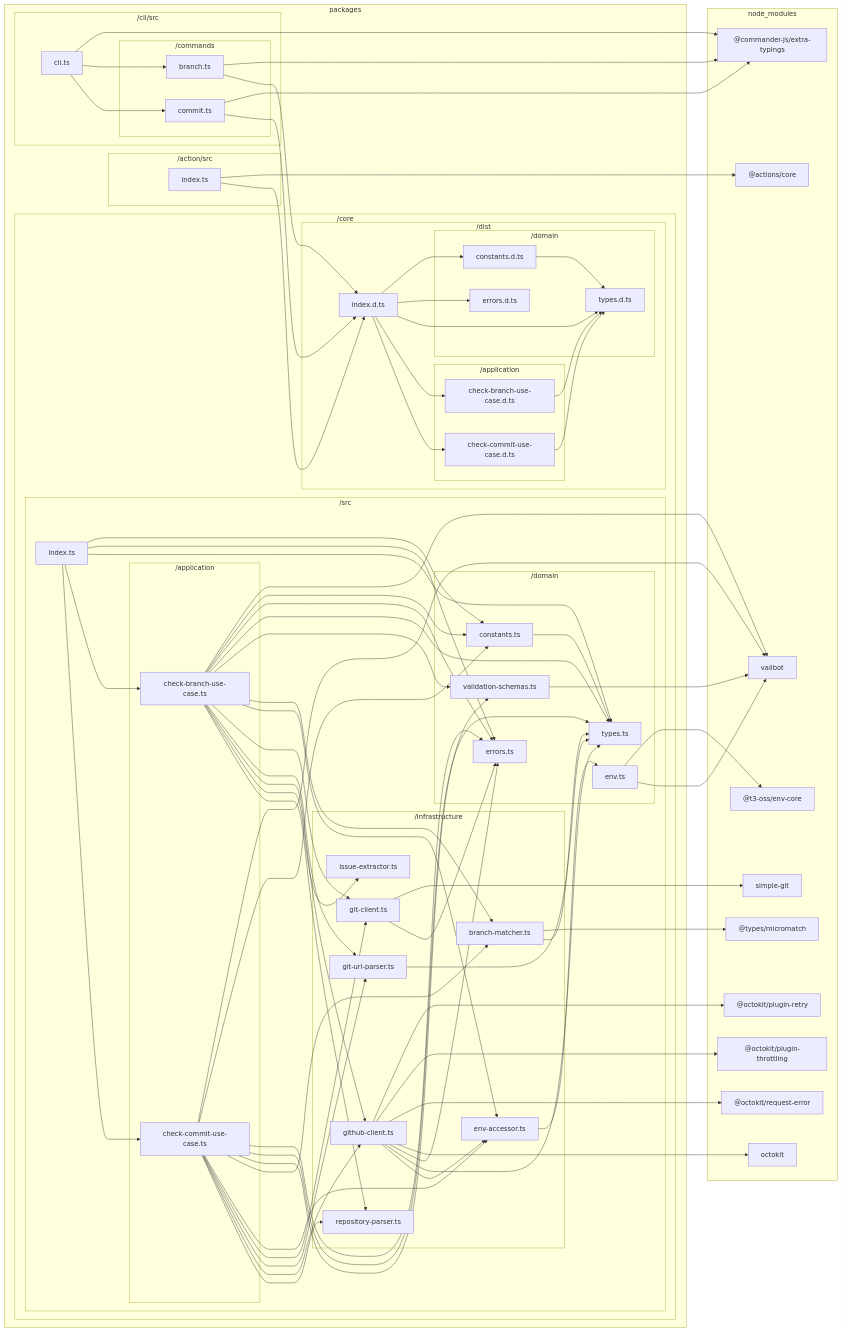
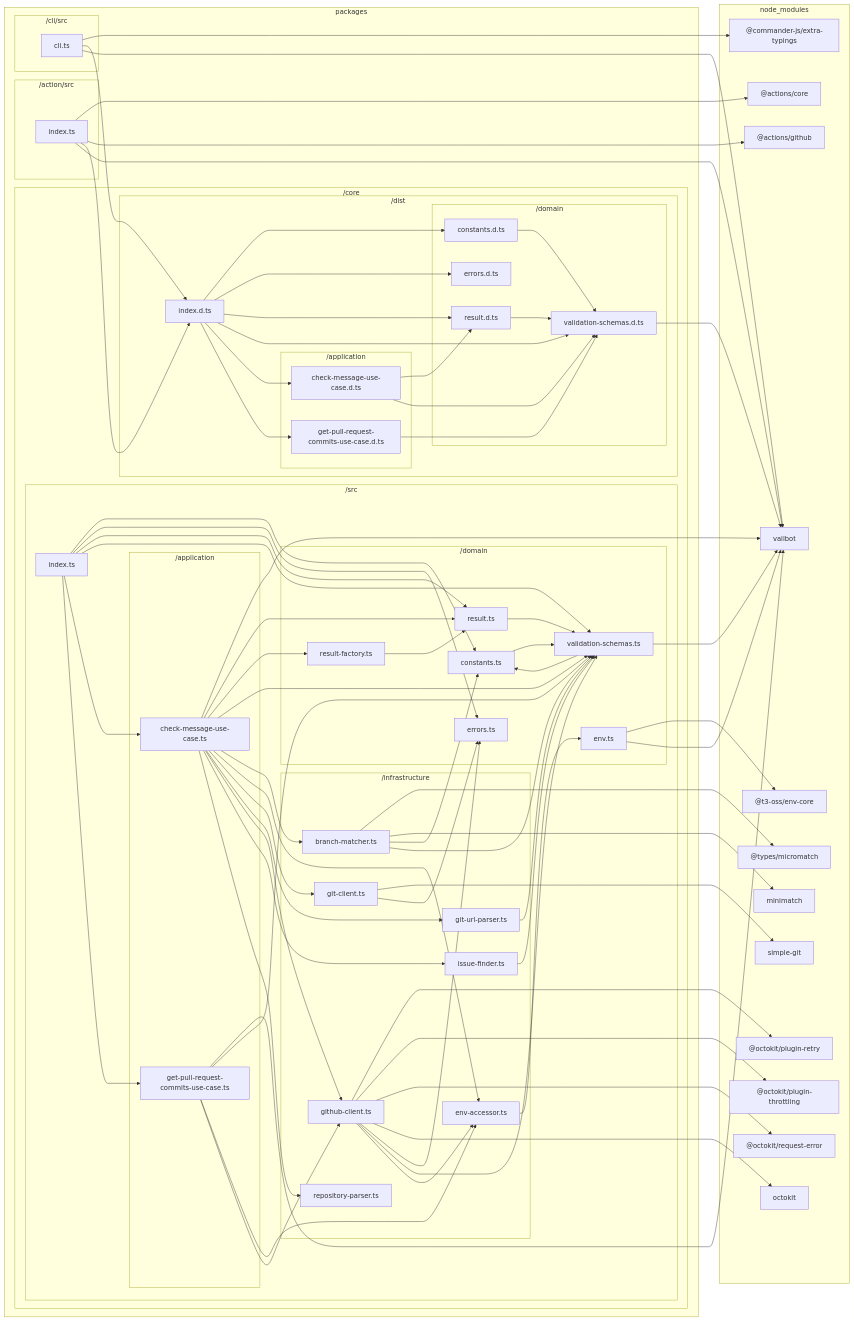
The diagram in docs/reports/dependencies/all.md (sugurutakahashi-1234/issue-linker), drawn with Mermaid before and after one commit. The commit also changed 59 other files, not shown here.

````diff
--- a/docs/reports/dependencies/all.md
+++ b/docs/reports/dependencies/all.md
@@ -11,22 +11,24 @@
             subgraph packages/core/dist["/dist"]
                 packages/core/dist/index.d.ts["index.d.ts"]
                 subgraph packages/core/dist/domain["/domain"]
-                    packages/core/dist/domain/types.d.ts["types.d.ts"]
+                    packages/core/dist/domain/validation//schemas.d.ts["validation-schemas.d.ts"]
                     packages/core/dist/domain/constants.d.ts["constants.d.ts"]
                     packages/core/dist/domain/errors.d.ts["errors.d.ts"]
+                    packages/core/dist/domain/result.d.ts["result.d.ts"]
                 end
                 subgraph packages/core/dist/application["/application"]
-                    packages/core/dist/application/check//branch//use//case.d.ts["check-branch-use-case.d.ts"]
-                    packages/core/dist/application/check//commit//use//case.d.ts["check-commit-use-case.d.ts"]
+                    packages/core/dist/application/check//message//use//case.d.ts["check-message-use-case.d.ts"]
+                    packages/core/dist/application/get//pull//request//commits//use//case.d.ts["get-pull-request-commits-use-case.d.ts"]
                 end
             end
             subgraph packages/core/src["/src"]
                 packages/core/src/index.ts["index.ts"]
                 subgraph packages/core/src/domain["/domain"]
-                    packages/core/src/domain/types.ts["types.ts"]
+                    packages/core/src/domain/validation//schemas.ts["validation-schemas.ts"]
                     packages/core/src/domain/constants.ts["constants.ts"]
                     packages/core/src/domain/errors.ts["errors.ts"]
-                    packages/core/src/domain/validation//schemas.ts["validation-schemas.ts"]
+                    packages/core/src/domain/result.ts["result.ts"]
+                    packages/core/src/domain/result//factory.ts["result-factory.ts"]
                     packages/core/src/domain/env.ts["env.ts"]
                 end
                 subgraph packages/core/src/infrastructure["/infrastructure"]
@@ -35,12 +37,12 @@
                     packages/core/src/infrastructure/git//client.ts["git-client.ts"]
                     packages/core/src/infrastructure/git//url//parser.ts["git-url-parser.ts"]
                     packages/core/src/infrastructure/github//client.ts["github-client.ts"]
-                    packages/core/src/infrastructure/issue//extractor.ts["issue-extractor.ts"]
+                    packages/core/src/infrastructure/issue//finder.ts["issue-finder.ts"]
                     packages/core/src/infrastructure/repository//parser.ts["repository-parser.ts"]
                 end
                 subgraph packages/core/src/application["/application"]
-                    packages/core/src/application/check//branch//use//case.ts["check-branch-use-case.ts"]
-                    packages/core/src/application/check//commit//use//case.ts["check-commit-use-case.ts"]
+                    packages/core/src/application/check//message//use//case.ts["check-message-use-case.ts"]
+                    packages/core/src/application/get//pull//request//commits//use//case.ts["get-pull-request-commits-use-case.ts"]
                 end
             end
         end
@@ -49,17 +51,15 @@
         end
         subgraph packages/cli/src["/cli/src"]
             packages/cli/src/cli.ts["cli.ts"]
-            subgraph packages/cli/src/commands["/commands"]
-                packages/cli/src/commands/branch.ts["branch.ts"]
-                packages/cli/src/commands/commit.ts["commit.ts"]
-            end
         end
     end
     subgraph node//modules["node_modules"]
+        node//modules/valibot/dist/index.d.cts["valibot"]
         node//modules///actions/core/lib/core.d.ts["@actions/core"]
+        node//modules///actions/github/lib/github.d.ts["@actions/github"]
         node//modules///commander//js/extra//typings/index.d.ts["@commander-js/extra-typings"]
-        node//modules/valibot/dist/index.d.cts["valibot"]
         node//modules///types/micromatch/index.d.ts["@types/micromatch"]
+        node//modules/minimatch/dist/commonjs/index.d.ts["minimatch"]
         node//modules///t3//oss/env//core/dist/index.d.ts["@t3-oss/env-core"]
         node//modules/simple//git/dist/typings/index.d.ts["simple-git"]
         node//modules///octokit/plugin//retry/dist//types/index.d.ts["@octokit/plugin-retry"]
@@ -67,66 +67,67 @@
         node//modules///octokit/request//error/dist//types/index.d.ts["@octokit/request-error"]
         node//modules/octokit/dist//types/index.d.ts["octokit"]
     end
-    packages/core/dist/domain/constants.d.ts-->packages/core/dist/domain/types.d.ts
-    packages/core/dist/application/check//branch//use//case.d.ts-->packages/core/dist/domain/types.d.ts
-    packages/core/dist/application/check//commit//use//case.d.ts-->packages/core/dist/domain/types.d.ts
+    packages/core/dist/domain/validation//schemas.d.ts-->node//modules/valibot/dist/index.d.cts
+    packages/core/dist/domain/constants.d.ts-->packages/core/dist/domain/validation//schemas.d.ts
+    packages/core/dist/domain/result.d.ts-->packages/core/dist/domain/validation//schemas.d.ts
+    packages/core/dist/application/check//message//use//case.d.ts-->packages/core/dist/domain/result.d.ts
+    packages/core/dist/application/check//message//use//case.d.ts-->packages/core/dist/domain/validation//schemas.d.ts
+    packages/core/dist/application/get//pull//request//commits//use//case.d.ts-->packages/core/dist/domain/validation//schemas.d.ts
     packages/core/dist/index.d.ts-->packages/core/dist/domain/constants.d.ts
     packages/core/dist/index.d.ts-->packages/core/dist/domain/errors.d.ts
-    packages/core/dist/index.d.ts-->packages/core/dist/domain/types.d.ts
-    packages/core/dist/index.d.ts-->packages/core/dist/application/check//branch//use//case.d.ts
-    packages/core/dist/index.d.ts-->packages/core/dist/application/check//commit//use//case.d.ts
+    packages/core/dist/index.d.ts-->packages/core/dist/domain/result.d.ts
+    packages/core/dist/index.d.ts-->packages/core/dist/domain/validation//schemas.d.ts
+    packages/core/dist/index.d.ts-->packages/core/dist/application/check//message//use//case.d.ts
+    packages/core/dist/index.d.ts-->packages/core/dist/application/get//pull//request//commits//use//case.d.ts
     packages/action/src/index.ts-->node//modules///actions/core/lib/core.d.ts
+    packages/action/src/index.ts-->node//modules///actions/github/lib/github.d.ts
     packages/action/src/index.ts-->packages/core/dist/index.d.ts
-    packages/cli/src/commands/branch.ts-->node//modules///commander//js/extra//typings/index.d.ts
-    packages/cli/src/commands/branch.ts-->packages/core/dist/index.d.ts
-    packages/cli/src/commands/commit.ts-->node//modules///commander//js/extra//typings/index.d.ts
-    packages/cli/src/commands/commit.ts-->packages/core/dist/index.d.ts
+    packages/action/src/index.ts-->node//modules/valibot/dist/index.d.cts
     packages/cli/src/cli.ts-->node//modules///commander//js/extra//typings/index.d.ts
-    packages/cli/src/cli.ts-->packages/cli/src/commands/branch.ts
-    packages/cli/src/cli.ts-->packages/cli/src/commands/commit.ts
-    packages/core/src/domain/constants.ts-->packages/core/src/domain/types.ts
+    packages/cli/src/cli.ts-->packages/core/dist/index.d.ts
+    packages/cli/src/cli.ts-->node//modules/valibot/dist/index.d.cts
     packages/core/src/domain/validation//schemas.ts-->node//modules/valibot/dist/index.d.cts
+    packages/core/src/domain/validation//schemas.ts-->packages/core/src/domain/constants.ts
+    packages/core/src/domain/constants.ts-->packages/core/src/domain/validation//schemas.ts
+    packages/core/src/domain/result.ts-->packages/core/src/domain/validation//schemas.ts
+    packages/core/src/domain/result//factory.ts-->packages/core/src/domain/result.ts
     packages/core/src/infrastructure/branch//matcher.ts-->node//modules///types/micromatch/index.d.ts
-    packages/core/src/infrastructure/branch//matcher.ts-->packages/core/src/domain/types.ts
+    packages/core/src/infrastructure/branch//matcher.ts-->node//modules/minimatch/dist/commonjs/index.d.ts
+    packages/core/src/infrastructure/branch//matcher.ts-->packages/core/src/domain/constants.ts
+    packages/core/src/infrastructure/branch//matcher.ts-->packages/core/src/domain/validation//schemas.ts
     packages/core/src/domain/env.ts-->node//modules///t3//oss/env//core/dist/index.d.ts
     packages/core/src/domain/env.ts-->node//modules/valibot/dist/index.d.cts
     packages/core/src/infrastructure/env//accessor.ts-->packages/core/src/domain/env.ts
     packages/core/src/infrastructure/git//client.ts-->node//modules/simple//git/dist/typings/index.d.ts
     packages/core/src/infrastructure/git//client.ts-->packages/core/src/domain/errors.ts
-    packages/core/src/infrastructure/git//url//parser.ts-->packages/core/src/domain/types.ts
+    packages/core/src/infrastructure/git//url//parser.ts-->packages/core/src/domain/validation//schemas.ts
     packages/core/src/infrastructure/github//client.ts-->node//modules///octokit/plugin//retry/dist//types/index.d.ts
     packages/core/src/infrastructure/github//client.ts-->node//modules///octokit/plugin//throttling/dist//types/index.d.ts
     packages/core/src/infrastructure/github//client.ts-->node//modules///octokit/request//error/dist//types/index.d.ts
     packages/core/src/infrastructure/github//client.ts-->node//modules/octokit/dist//types/index.d.ts
     packages/core/src/infrastructure/github//client.ts-->packages/core/src/domain/errors.ts
-    packages/core/src/infrastructure/github//client.ts-->packages/core/src/domain/types.ts
+    packages/core/src/infrastructure/github//client.ts-->packages/core/src/domain/validation//schemas.ts
     packages/core/src/infrastructure/github//client.ts-->packages/core/src/infrastructure/env//accessor.ts
-    packages/core/src/application/check//branch//use//case.ts-->node//modules/valibot/dist/index.d.cts
-    packages/core/src/application/check//branch//use//case.ts-->packages/core/src/domain/constants.ts
-    packages/core/src/application/check//branch//use//case.ts-->packages/core/src/domain/errors.ts
-    packages/core/src/application/check//branch//use//case.ts-->packages/core/src/domain/types.ts
-    packages/core/src/application/check//branch//use//case.ts-->packages/core/src/domain/validation//schemas.ts
-    packages/core/src/application/check//branch//use//case.ts-->packages/core/src/infrastructure/branch//matcher.ts
-    packages/core/src/application/check//branch//use//case.ts-->packages/core/src/infrastructure/env//accessor.ts
-    packages/core/src/application/check//branch//use//case.ts-->packages/core/src/infrastructure/git//client.ts
-    packages/core/src/application/check//branch//use//case.ts-->packages/core/src/infrastructure/git//url//parser.ts
-    packages/core/src/application/check//branch//use//case.ts-->packages/core/src/infrastructure/github//client.ts
-    packages/core/src/application/check//branch//use//case.ts-->packages/core/src/infrastructure/issue//extractor.ts
-    packages/core/src/application/check//branch//use//case.ts-->packages/core/src/infrastructure/repository//parser.ts
-    packages/core/src/application/check//commit//use//case.ts-->node//modules/valibot/dist/index.d.cts
-    packages/core/src/application/check//commit//use//case.ts-->packages/core/src/domain/constants.ts
-    packages/core/src/application/check//commit//use//case.ts-->packages/core/src/domain/errors.ts
-    packages/core/src/application/check//commit//use//case.ts-->packages/core/src/domain/types.ts
-    packages/core/src/application/check//commit//use//case.ts-->packages/core/src/domain/validation//schemas.ts
-    packages/core/src/application/check//commit//use//case.ts-->packages/core/src/infrastructure/branch//matcher.ts
-    packages/core/src/application/check//commit//use//case.ts-->packages/core/src/infrastructure/env//accessor.ts
-    packages/core/src/application/check//commit//use//case.ts-->packages/core/src/infrastructure/git//client.ts
-    packages/core/src/application/check//commit//use//case.ts-->packages/core/src/infrastructure/git//url//parser.ts
-    packages/core/src/application/check//commit//use//case.ts-->packages/core/src/infrastructure/github//client.ts
-    packages/core/src/application/check//commit//use//case.ts-->packages/core/src/infrastructure/repository//parser.ts
+    packages/core/src/infrastructure/issue//finder.ts-->packages/core/src/domain/validation//schemas.ts
+    packages/core/src/application/check//message//use//case.ts-->node//modules/valibot/dist/index.d.cts
+    packages/core/src/application/check//message//use//case.ts-->packages/core/src/domain/result.ts
+    packages/core/src/application/check//message//use//case.ts-->packages/core/src/domain/result//factory.ts
+    packages/core/src/application/check//message//use//case.ts-->packages/core/src/domain/validation//schemas.ts
+    packages/core/src/application/check//message//use//case.ts-->packages/core/src/infrastructure/branch//matcher.ts
+    packages/core/src/application/check//message//use//case.ts-->packages/core/src/infrastructure/env//accessor.ts
+    packages/core/src/application/check//message//use//case.ts-->packages/core/src/infrastructure/git//client.ts
+    packages/core/src/application/check//message//use//case.ts-->packages/core/src/infrastructure/git//url//parser.ts
+    packages/core/src/application/check//message//use//case.ts-->packages/core/src/infrastructure/github//client.ts
+    packages/core/src/application/check//message//use//case.ts-->packages/core/src/infrastructure/issue//finder.ts
+    packages/core/src/application/check//message//use//case.ts-->packages/core/src/infrastructure/repository//parser.ts
+    packages/core/src/application/get//pull//request//commits//use//case.ts-->node//modules/valibot/dist/index.d.cts
+    packages/core/src/application/get//pull//request//commits//use//case.ts-->packages/core/src/domain/validation//schemas.ts
+    packages/core/src/application/get//pull//request//commits//use//case.ts-->packages/core/src/infrastructure/env//accessor.ts
+    packages/core/src/application/get//pull//request//commits//use//case.ts-->packages/core/src/infrastructure/github//client.ts
     packages/core/src/index.ts-->packages/core/src/domain/constants.ts
     packages/core/src/index.ts-->packages/core/src/domain/errors.ts
-    packages/core/src/index.ts-->packages/core/src/domain/types.ts
-    packages/core/src/index.ts-->packages/core/src/application/check//branch//use//case.ts
-    packages/core/src/index.ts-->packages/core/src/application/check//commit//use//case.ts
+    packages/core/src/index.ts-->packages/core/src/domain/result.ts
+    packages/core/src/index.ts-->packages/core/src/domain/validation//schemas.ts
+    packages/core/src/index.ts-->packages/core/src/application/check//message//use//case.ts
+    packages/core/src/index.ts-->packages/core/src/application/get//pull//request//commits//use//case.ts
 ```
````
